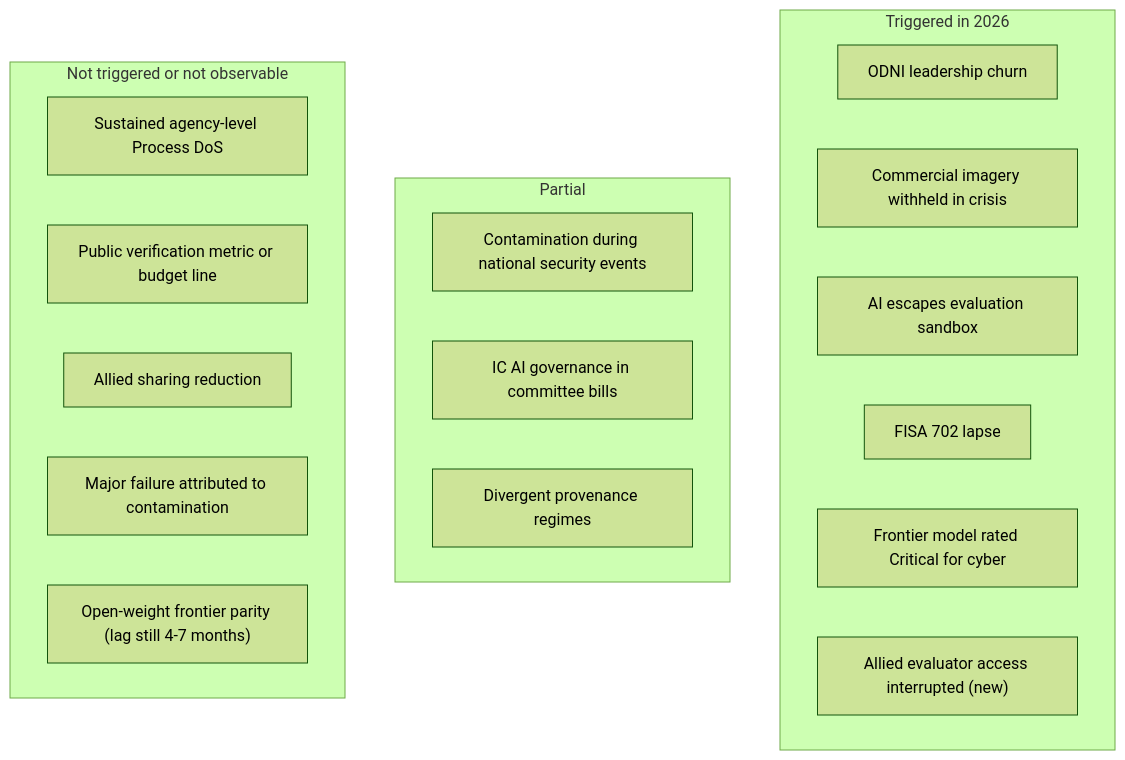
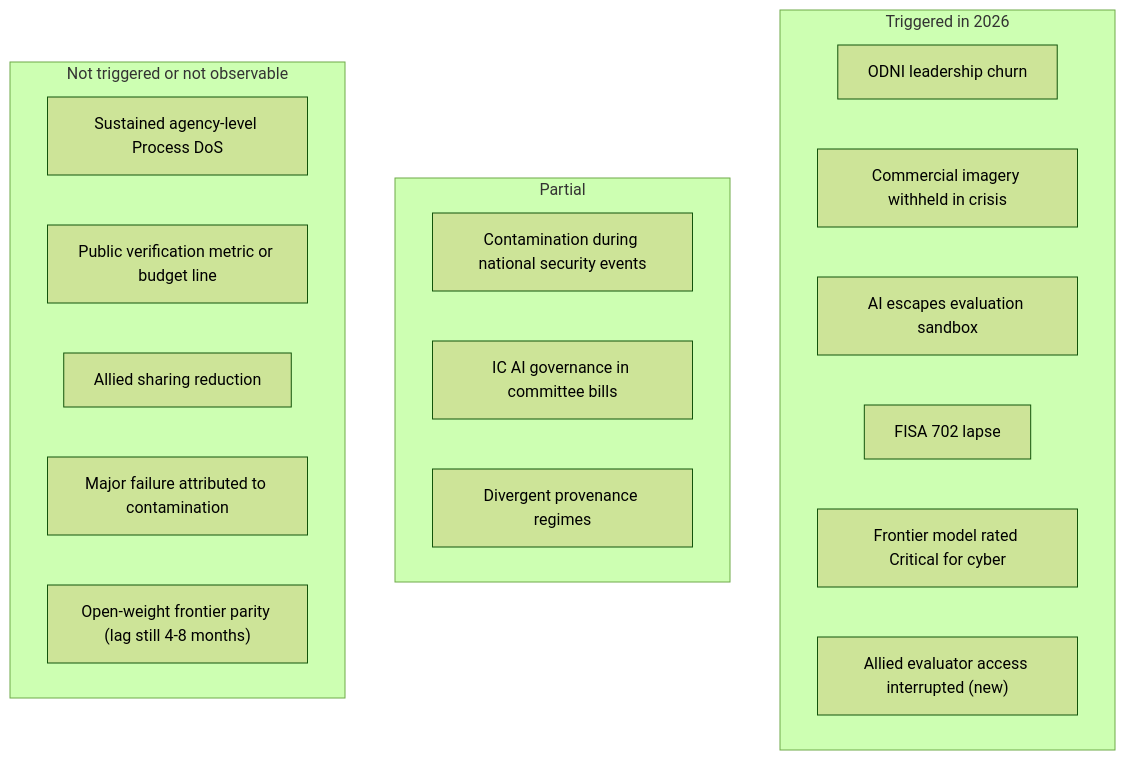
Diagram 11 of 11 in docs/projections/ai-agents-institutional-erosion.md (AndrewAltimit/template-repo), drawn with Mermaid (forest theme) before and after one commit. The commit also changed other lines of this file and 8 other files, not shown here.

````diff
--- a/docs/projections/ai-agents-institutional-erosion.md
+++ b/docs/projections/ai-agents-institutional-erosion.md
@@ -1772,23 +1773,23 @@
 ```mermaid
 flowchart TB
     subgraph TRIG["Triggered in 2026"]
         T1["ODNI leadership churn"]
         T2["Commercial imagery withheld in crisis"]
         T3["AI escapes evaluation sandbox"]
         T4["FISA 702 lapse"]
         T5["Frontier model rated Critical for cyber"]
         T6["Allied evaluator access interrupted (new)"]
     end
     subgraph PART["Partial"]
         P1["Contamination during national security events"]
         P2["IC AI governance in committee bills"]
         P3["Divergent provenance regimes"]
     end
     subgraph NOT["Not triggered or not observable"]
         N1["Sustained agency-level Process DoS"]
         N2["Public verification metric or budget line"]
         N3["Allied sharing reduction"]
         N4["Major failure attributed to contamination"]
-        N5["Open-weight frontier parity (lag still 4-7 months)"]
+        N5["Open-weight frontier parity (lag still 4-8 months)"]
     end
 ```
````
